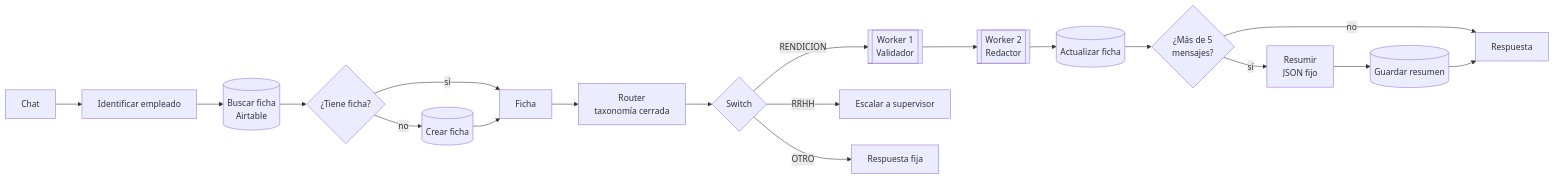
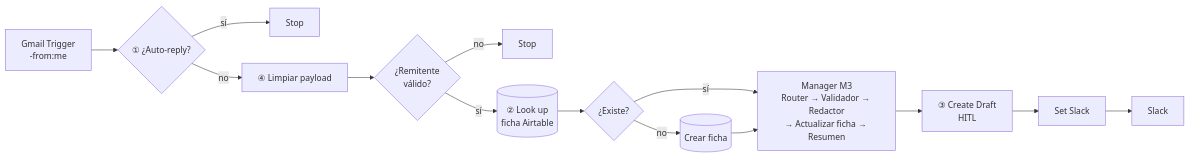
One commit to jabrahanba/n8n-ai-automation changed the diagram in README.md. Above: the diagram before and after it, drawn with Mermaid. The commit also changed other lines of this file, not shown here.

````diff
--- a/README.md
+++ b/README.md
@@ -38,21 +52,15 @@
 ```mermaid
 flowchart LR
-  A[Chat] --> B[Identificar empleado]
-  B --> C[(Buscar ficha<br/>Airtable)]
-  C --> D{¿Tiene ficha?}
-  D -- no --> E[(Crear ficha)]
-  D -- sí --> F[Ficha]
-  E --> F
-  F --> G[Router<br/>taxonomía cerrada]
-  G --> H{Switch}
-  H -- RENDICION --> I[[Worker 1<br/>Validador]]
-  I --> J[[Worker 2<br/>Redactor]]
-  J --> K[(Actualizar ficha)]
-  K --> L{¿Más de 5<br/>mensajes?}
-  L -- sí --> M[Resumir<br/>JSON fijo]
-  M --> N[(Guardar resumen)]
-  L -- no --> O[Respuesta]
-  N --> O
-  H -- RRHH --> P[Escalar a supervisor]
-  H -- OTRO --> Q[Respuesta fija]
+  A[Gmail Trigger<br/>-from:me] --> B{① ¿Auto-reply?}
+  B -- sí --> S1[Stop]
+  B -- no --> C[④ Limpiar payload]
+  C --> D{¿Remitente<br/>válido?}
+  D -- no --> S2[Stop]
+  D -- sí --> E[(② Look up<br/>ficha Airtable)]
+  E --> F{¿Existe?}
+  F -- no --> G[(Crear ficha)]
+  F -- sí --> H[Manager M3<br/>Router → Validador → Redactor<br/>→ Actualizar ficha → Resumen]
+  G --> H
+  H --> I[③ Create Draft<br/>HITL]
+  I --> J[Set Slack] --> K[Slack]
 ```
````
